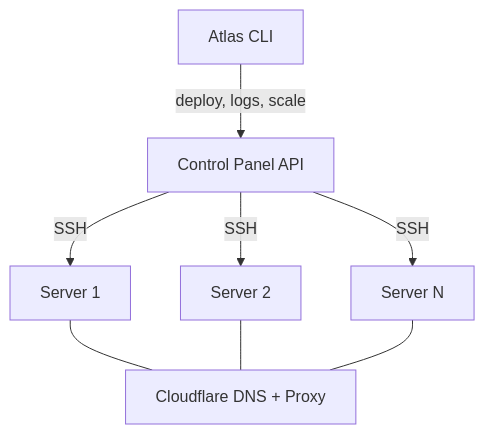
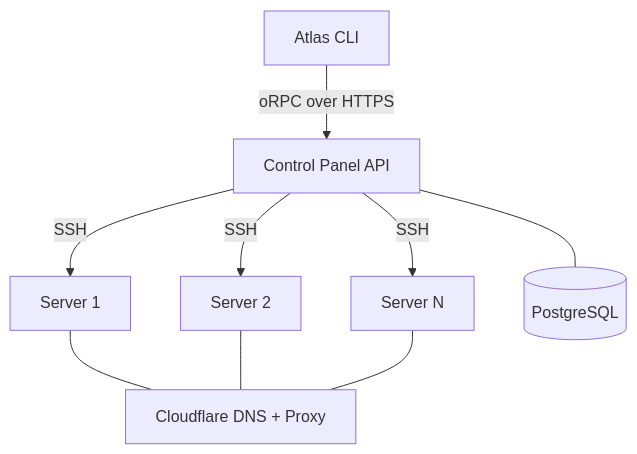
Before and after one commit to codeatlasdev/atlas: the first of 2 diagrams in apps/docs/content/docs/architecture/index.mdx, drawn with Mermaid. The commit also changed other lines of this file and 32 other files, not shown here.

````diff
--- a/apps/docs/content/docs/architecture/index.mdx
+++ b/apps/docs/content/docs/architecture/index.mdx
@@ -11,12 +11,11 @@
 ```mermaid
 graph TB
-    CLI[Atlas CLI] -->|deploy, logs, scale| Panel[Control Panel API]
-
+    CLI[Atlas CLI] -->|oRPC over HTTPS| Panel[Control Panel API]
     Panel -->|SSH| S1[Server 1]
     Panel -->|SSH| S2[Server 2]
     Panel -->|SSH| SN[Server N]
-
     S1 --- CF[Cloudflare DNS + Proxy]
     S2 --- CF
     SN --- CF
+    Panel --- DB[(PostgreSQL)]
 ```
````
